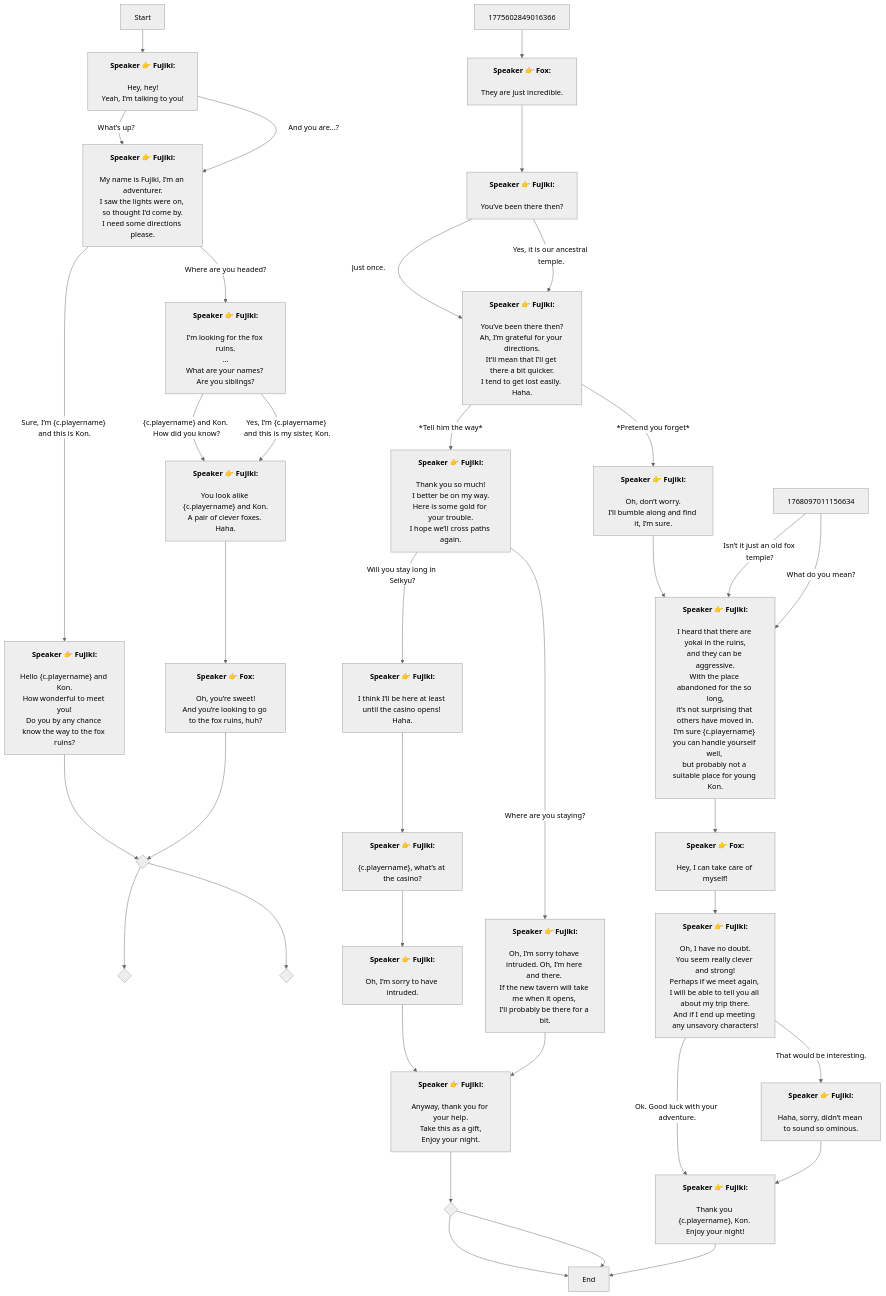
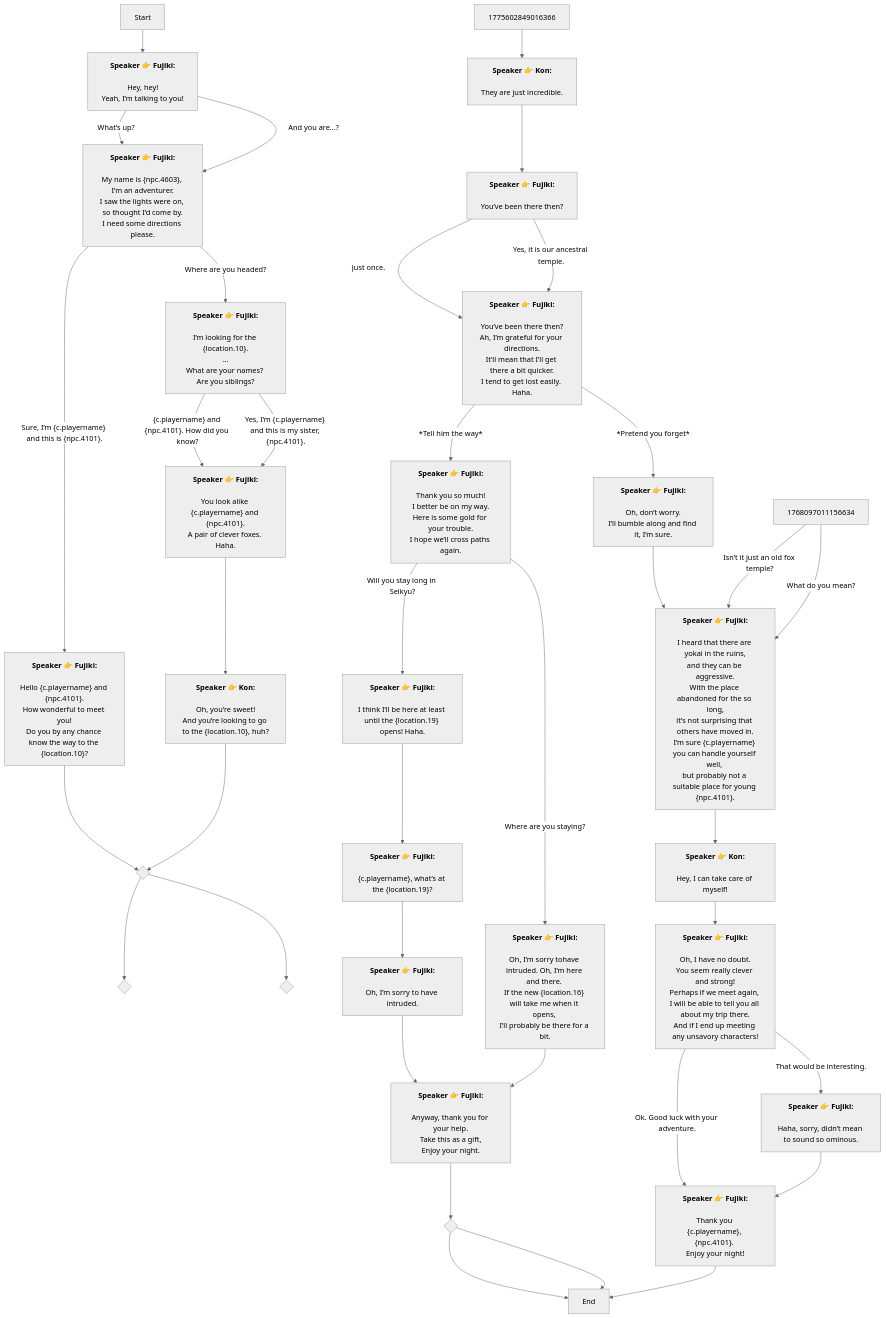
One commit to SoftHu/tos_avg changed the diagram in Zh/QuestTalkObjectiveNode_1768086622206848.md. Above: the diagram before and after it, drawn with Mermaid (neutral theme). The commit also changed 730 other files, not shown here.

````diff
--- a/Zh/QuestTalkObjectiveNode_1768086622206848.md
+++ b/Zh/QuestTalkObjectiveNode_1768086622206848.md
@@ -4,31 +4,31 @@
 \nHey, hey!
 Yeah, I’m talking to you!]
 1768096637256321 -->|What’s up?|1768096699678344[<b>Speaker 👉 Fujiki:</b>
-\nMy name is Fujiki, I’m an adventurer.
+\nMy name is &lbrace;npc.4603&rbrace;, I’m an adventurer.
 I saw the lights were on, so thought I’d come by.
 I need some directions please.]
 1768096637256321 -->|And you are…?|1768096699678344[<b>Speaker 👉 Fujiki:</b>
-\nMy name is Fujiki, I’m an adventurer.
+\nMy name is &lbrace;npc.4603&rbrace;, I’m an adventurer.
 I saw the lights were on, so thought I’d come by.
 I need some directions please.]
 1768096699678344 -->|Where are you headed?|1775602677821966[<b>Speaker 👉 Fujiki:</b>
-\nI’m looking for the fox ruins.
+\nI’m looking for the &lbrace;location.10&rbrace;.
 …
 What are your names? Are you siblings?]
-1768096699678344 -->|Sure, I’m &lbrace;c.playername&rbrace; and this is Kon.|1768096751167118[<b>Speaker 👉 Fujiki:</b>
-\nHello &lbrace;c.playername&rbrace; and Kon.
-How wonderful to meet you!\nDo you by any chance know the way to the fox ruins?]
+1768096699678344 -->|Sure, I’m &lbrace;c.playername&rbrace; and this is &lbrace;npc.4101&rbrace;.|1768096751167118[<b>Speaker 👉 Fujiki:</b>
+\nHello &lbrace;c.playername&rbrace; and &lbrace;npc.4101&rbrace;.
+How wonderful to meet you!\nDo you by any chance know the way to the &lbrace;location.10&rbrace;?]
 1768096751167118 -->1768096807608976{ }
 1768096807608976 -->1768097003165337{ }
 1768096807608976 -->1768096783748751{ }
 1768098708092799 -->|Where are you staying?|1775604410976951[<b>Speaker 👉 Fujiki:</b>
 \nOh, I’m sorry tohave intruded. Oh, I’m here and there. 
-If the new tavern will take me when it opens, 
+If the new &lbrace;location.16&rbrace; will take me when it opens, 
 I’ll probably be there for a bit.]
 1768098708092799 -->|Will you stay long in Seikyu?|1775604232847021[<b>Speaker 👉 Fujiki:</b>
-\nI think I’ll be here at least until the casino opens! Haha.]
+\nI think I’ll be here at least until the &lbrace;location.19&rbrace; opens! Haha.]
 1775604232847021 -->1775604344854193[<b>Speaker 👉 Fujiki:</b>
-\n&lbrace;c.playername&rbrace;, what’s at the casino?]
+\n&lbrace;c.playername&rbrace;, what’s at the &lbrace;location.19&rbrace;?]
 1775604344854193 -->1775604364893876[<b>Speaker 👉 Fujiki:</b>
 \nOh, I’m sorry to have intruded.]
 1775604364893876 -->1775604423722682[<b>Speaker 👉 Fujiki:</b>
@@ -42,7 +42,7 @@
 \nAnyway, thank you for your help.
 Take this as a gift,
 Enjoy your night.]
-1775602849016366 -->1775602858398260[<b>Speaker 👉 Fox:</b>
+1775602849016366 -->1775602858398260[<b>Speaker 👉 Kon:</b>
 \nThey are just incredible.]
 1775602858398260 -->1775602899668535[<b>Speaker 👉 Fujiki:</b>
 \nYou’ve been there then?]
@@ -65,8 +65,8 @@
 \nI heard that there are yokai in the ruins,
 and they can be aggressive.\nWith the place abandoned for the so long,
 it’s not surprising that others have moved in.\nI’m sure &lbrace;c.playername&rbrace; you can handle yourself well, 
-but probably not a suitable place for young Kon.]
-1775603527389774 -->1775603726191235[<b>Speaker 👉 Fox:</b>
+but probably not a suitable place for young &lbrace;npc.4101&rbrace;.]
+1775603527389774 -->1775603726191235[<b>Speaker 👉 Kon:</b>
 \nHey, I can take care of myself!]
 1775603726191235 -->1775603746253448[<b>Speaker 👉 Fujiki:</b>
 \nOh, I have no doubt.
@@ -74,33 +74,33 @@
 I will be able to tell you all about my trip there.
 And if I end up meeting any unsavory characters!]
 1775603746253448 -->|Ok. Good luck with your adventure.|1775603829306008[<b>Speaker 👉 Fujiki:</b>
-\nThank you &lbrace;c.playername&rbrace;, Kon. 
+\nThank you &lbrace;c.playername&rbrace;, &lbrace;npc.4101&rbrace;. 
 Enjoy your night!]
 1775603746253448 -->|That would be interesting.|1775603811444372[<b>Speaker 👉 Fujiki:</b>
 \nHaha, sorry, didn’t mean to sound so ominous.]
 1775603811444372 -->1775603829306008[<b>Speaker 👉 Fujiki:</b>
-\nThank you &lbrace;c.playername&rbrace;, Kon. 
+\nThank you &lbrace;c.playername&rbrace;, &lbrace;npc.4101&rbrace;. 
 Enjoy your night!]
 1775603829306008 -->1768100975726470[End]
 1768097011156634 -->|Isn’t it just an old fox temple?|1775603527389774[<b>Speaker 👉 Fujiki:</b>
 \nI heard that there are yokai in the ruins,
 and they can be aggressive.\nWith the place abandoned for the so long,
 it’s not surprising that others have moved in.\nI’m sure &lbrace;c.playername&rbrace; you can handle yourself well, 
-but probably not a suitable place for young Kon.]
+but probably not a suitable place for young &lbrace;npc.4101&rbrace;.]
 1768097011156634 -->|What do you mean?|1775603527389774[<b>Speaker 👉 Fujiki:</b>
 \nI heard that there are yokai in the ruins,
 and they can be aggressive.\nWith the place abandoned for the so long,
 it’s not surprising that others have moved in.\nI’m sure &lbrace;c.playername&rbrace; you can handle yourself well, 
-but probably not a suitable place for young Kon.]
-1775602677821966 -->|&lbrace;c.playername&rbrace; and Kon. How did you know?|1775602708264473[<b>Speaker 👉 Fujiki:</b>
-\nYou look alike &lbrace;c.playername&rbrace; and Kon.
+but probably not a suitable place for young &lbrace;npc.4101&rbrace;.]
+1775602677821966 -->|&lbrace;c.playername&rbrace; and &lbrace;npc.4101&rbrace;. How did you know?|1775602708264473[<b>Speaker 👉 Fujiki:</b>
+\nYou look alike &lbrace;c.playername&rbrace; and &lbrace;npc.4101&rbrace;.
 A pair of clever foxes. Haha.]
-1775602677821966 -->|Yes, I’m &lbrace;c.playername&rbrace; and this is my sister, Kon.|1775602708264473[<b>Speaker 👉 Fujiki:</b>
-\nYou look alike &lbrace;c.playername&rbrace; and Kon.
+1775602677821966 -->|Yes, I’m &lbrace;c.playername&rbrace; and this is my sister, &lbrace;npc.4101&rbrace;.|1775602708264473[<b>Speaker 👉 Fujiki:</b>
+\nYou look alike &lbrace;c.playername&rbrace; and &lbrace;npc.4101&rbrace;.
 A pair of clever foxes. Haha.]
-1775602708264473 -->1775602748246556[<b>Speaker 👉 Fox:</b>
+1775602708264473 -->1775602748246556[<b>Speaker 👉 Kon:</b>
 \nOh, you’re sweet!
-And you’re looking to go to the fox ruins, huh?]
+And you’re looking to go to the &lbrace;location.10&rbrace;, huh?]
 1775602748246556 -->1768096807608976{ }
 
 ```
````
